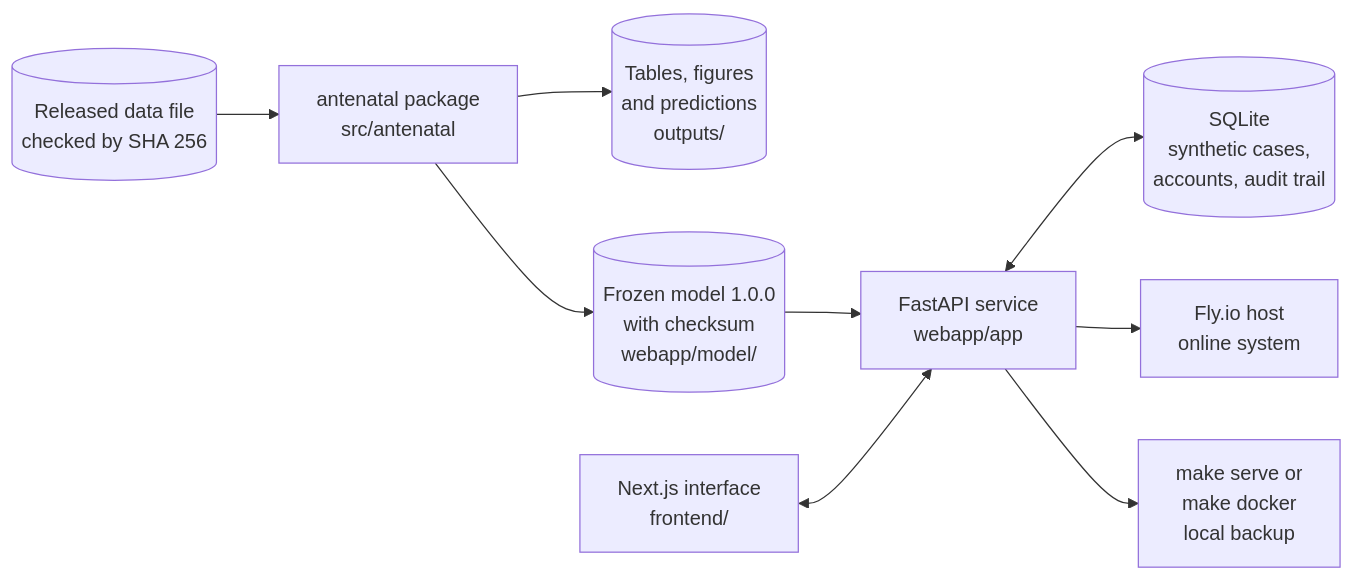
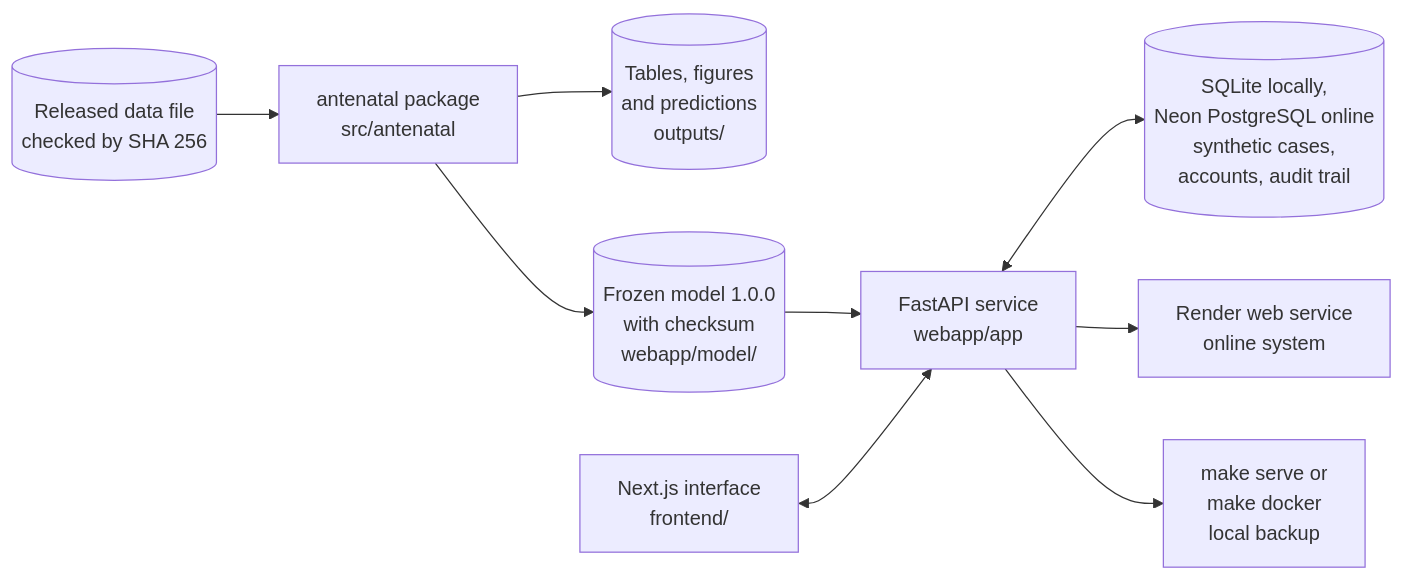
The first of 2 diagrams in README.md (Kelvin364/Antanental_risk_model), drawn with Mermaid before and after one commit. The commit also changed other lines of this file and 1 other file, not shown here.

First line of the commit message:
Describe the Render and Neon deployment and how to test it in the README

````diff
--- a/README.md
+++ b/README.md
@@ -46,11 +46,11 @@
 ```mermaid
 flowchart LR
     data[("Released data file<br/>checked by SHA 256")] --> pkg["antenatal package<br/>src/antenatal"]
     pkg --> outputs[("Tables, figures<br/>and predictions<br/>outputs/")]
     pkg --> artefact[("Frozen model 1.0.0<br/>with checksum<br/>webapp/model/")]
     artefact --> api["FastAPI service<br/>webapp/app"]
-    api <--> db[("SQLite<br/>synthetic cases,<br/>accounts, audit trail")]
+    api <--> db[("SQLite locally,<br/>Neon PostgreSQL online<br/>synthetic cases,<br/>accounts, audit trail")]
     ui["Next.js interface<br/>frontend/"] <--> api
-    api --> host["Fly.io host<br/>online system"]
+    api --> host["Render web service<br/>online system"]
     api --> local["make serve or<br/>make docker<br/>local backup"]
 ```
````
